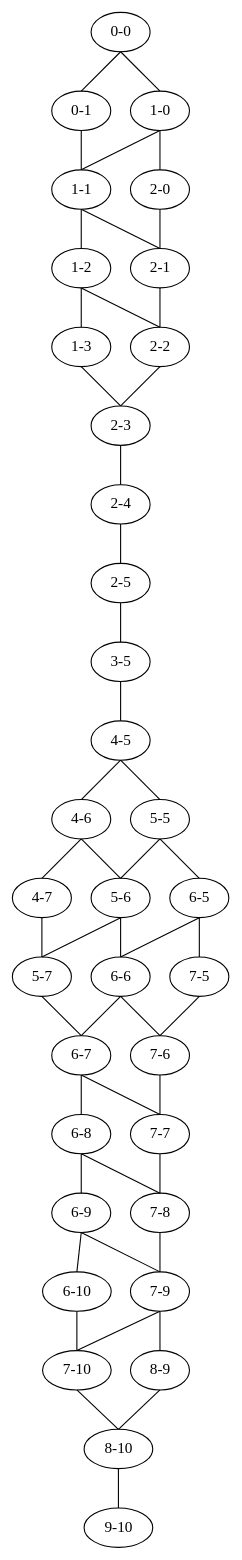
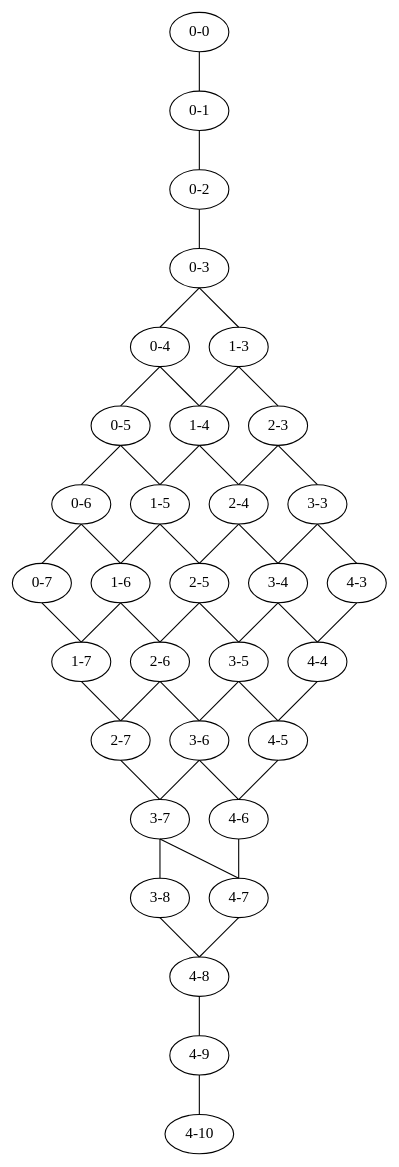
The diagram in out/lattice.dot (robzenn92/distributedAlgorithms), drawn with Graphviz before and after one commit. The commit also changed 4 other files, not shown here.

```diff
--- a/out/lattice.dot
+++ b/out/lattice.dot
@@ -1,114 +1,100 @@
 digraph item_set {
 
 // set edge attribute
 edge [dir = none tailport = "s" headport = "n"]
 splines=false
 
 // the 1o layer
 0 [label = "0-0"];
 
 // the 2o layer
 1 [label = "0-1"];
-10 [label = "1-0"];
 
 // the 3o layer
-11 [label = "1-1"];
-20 [label = "2-0"];
+2 [label = "0-2"];
 
 // the 4o layer
-12 [label = "1-2"];
-21 [label = "2-1"];
+3 [label = "0-3"];
 
 // the 5o layer
+4 [label = "0-4"];
 13 [label = "1-3"];
-22 [label = "2-2"];
 
 // the 6o layer
+5 [label = "0-5"];
+14 [label = "1-4"];
 23 [label = "2-3"];
 
 // the 7o layer
+6 [label = "0-6"];
+15 [label = "1-5"];
 24 [label = "2-4"];
+33 [label = "3-3"];
 
 // the 8o layer
+7 [label = "0-7"];
+16 [label = "1-6"];
 25 [label = "2-5"];
+34 [label = "3-4"];
+43 [label = "4-3"];
 
 // the 9o layer
+17 [label = "1-7"];
+26 [label = "2-6"];
 35 [label = "3-5"];
+44 [label = "4-4"];
 
 // the 10o layer
+27 [label = "2-7"];
+36 [label = "3-6"];
 45 [label = "4-5"];
 
 // the 11o layer
+37 [label = "3-7"];
 46 [label = "4-6"];
-55 [label = "5-5"];
 
 // the 12o layer
+38 [label = "3-8"];
 47 [label = "4-7"];
-56 [label = "5-6"];
-65 [label = "6-5"];
 
 // the 13o layer
-57 [label = "5-7"];
-66 [label = "6-6"];
-75 [label = "7-5"];
+48 [label = "4-8"];
 
 // the 14o layer
-67 [label = "6-7"];
-76 [label = "7-6"];
+49 [label = "4-9"];
 
 // the 15o layer
-68 [label = "6-8"];
-77 [label = "7-7"];
+410 [label = "4-10"];
 
-// the 16o layer
-69 [label = "6-9"];
-78 [label = "7-8"];
-
-// the 17o layer
-79 [label = "7-9"];
-610 [label = "6-10"];
-
-// the 18o layer
-89 [label = "8-9"];
-710 [label = "7-10"];
-
-// the 19o layer
-810 [label = "8-10"];
-
-// the 20o layer
-910 [label = "9-10"];
-
-0 -> {10,1}
-1 -> {11}
-10 -> {20,11}
-11 -> {21,12}
-12 -> {22,13}
-13 -> {23}
-20 -> {21}
-21 -> {22}
-22 -> {23}
-23 -> {24}
-24 -> {25}
-25 -> {35}
-35 -> {45}
-45 -> {55,46}
-46 -> {56,47}
-47 -> {57}
-55 -> {65,56}
-56 -> {66,57}
-57 -> {67}
-65 -> {75,66}
-66 -> {76,67}
-67 -> {77,68}
-68 -> {78,69}
-69 -> {79,610}
-75 -> {76}
-76 -> {77}
-77 -> {78}
-78 -> {79}
-79 -> {89,710}
-89 -> {810}
-610 -> {710}
-710 -> {810}
-810 -> {910}
+0 -> {1}
+1 -> {2}
+2 -> {3}
+3 -> {13,4}
+4 -> {14,5}
+5 -> {15,6}
+6 -> {16,7}
+7 -> {17}
+13 -> {23,14}
+14 -> {24,15}
+15 -> {25,16}
+16 -> {26,17}
+17 -> {27}
+23 -> {33,24}
+24 -> {34,25}
+25 -> {35,26}
+26 -> {36,27}
+27 -> {37}
+33 -> {43,34}
+34 -> {44,35}
+35 -> {45,36}
+36 -> {46,37}
+37 -> {47,38}
+38 -> {48}
+43 -> {44}
+44 -> {45}
+45 -> {46}
+46 -> {47}
+47 -> {48}
+48 -> {49}
+49 -> {410}
 }
```
